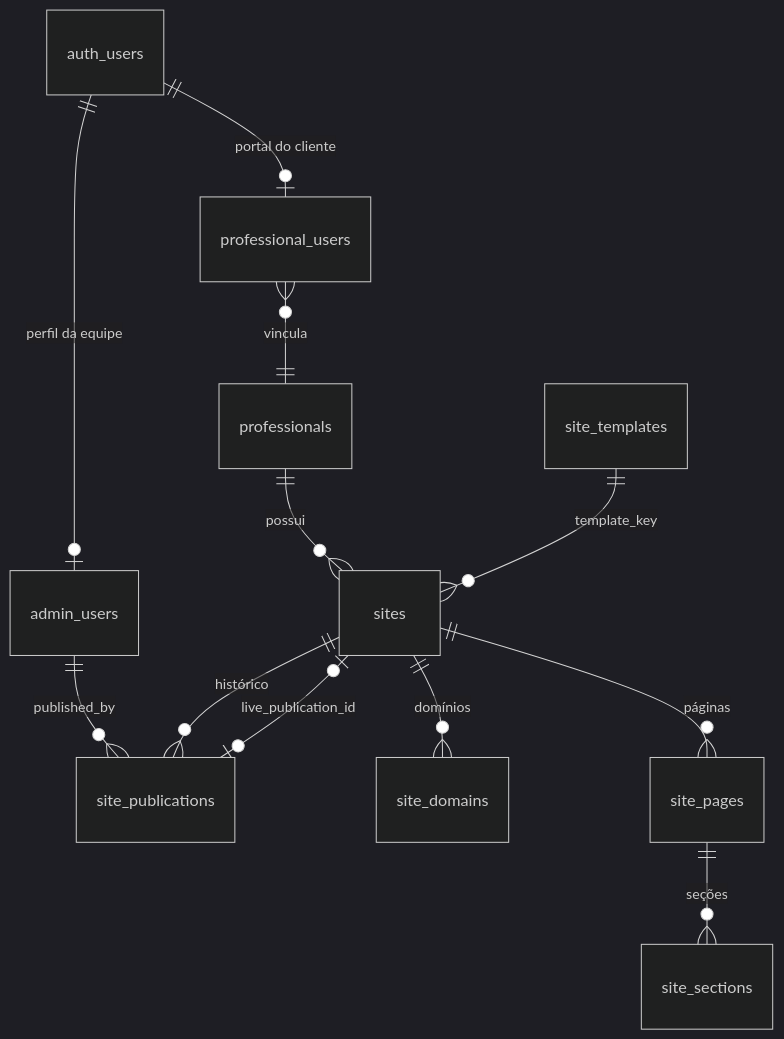
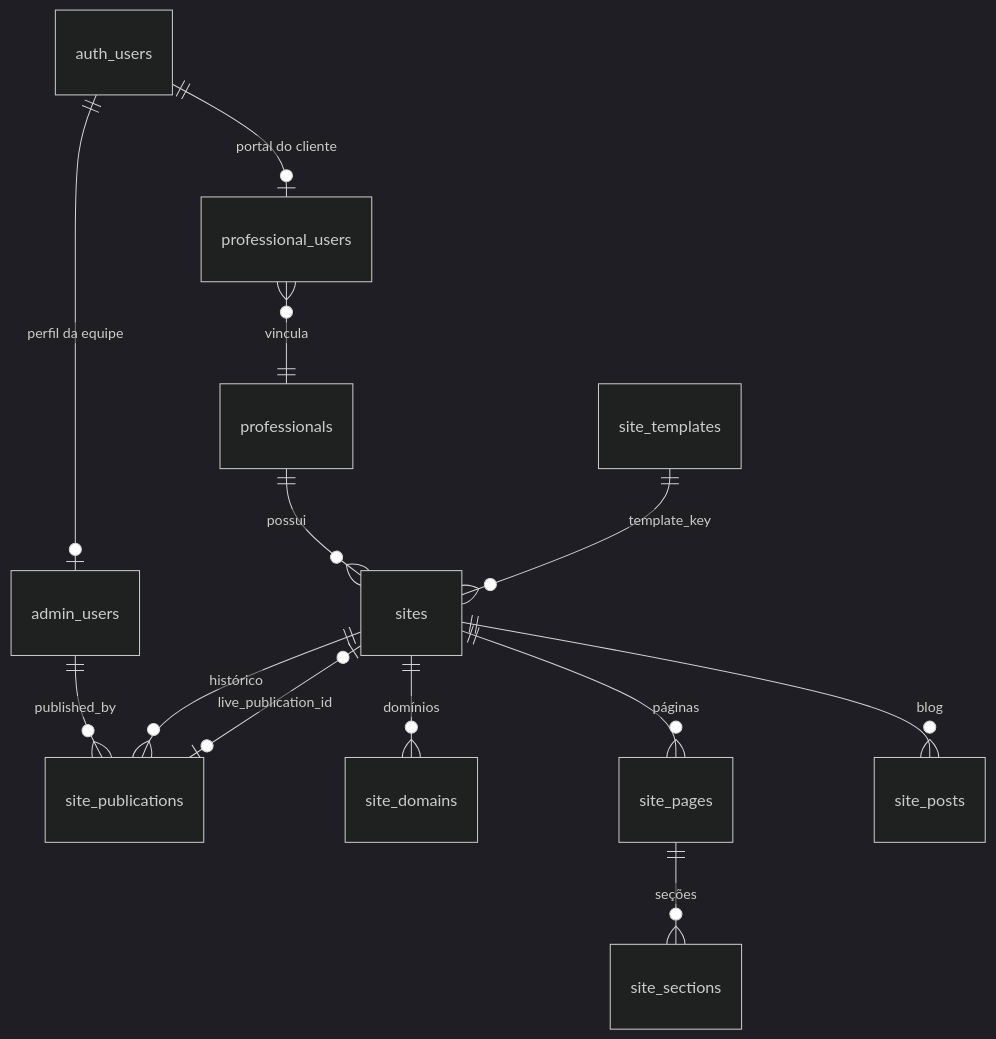
One commit to allan-minato/mindcare-platform changed the diagram in docs/database.md. Above: the diagram before and after it, drawn with Mermaid (dark theme). The commit also changed other lines of this file and 35 other files, not shown here.

````diff
--- a/docs/database.md
+++ b/docs/database.md
@@ -7,14 +7,15 @@
 ```mermaid
 erDiagram
   auth_users ||--o| admin_users : "perfil da equipe"
   auth_users ||--o| professional_users : "portal do cliente"
   professional_users }o--|| professionals : "vincula"
   admin_users ||--o{ site_publications : "published_by"
   professionals ||--o{ sites : "possui"
   site_templates ||--o{ sites : "template_key"
   sites ||--o{ site_domains : "domínios"
   sites ||--o{ site_pages : "páginas"
   site_pages ||--o{ site_sections : "seções"
+  sites ||--o{ site_posts : "blog"
   sites ||--o{ site_publications : "histórico"
   sites |o--o| site_publications : "live_publication_id"
 ```
````
